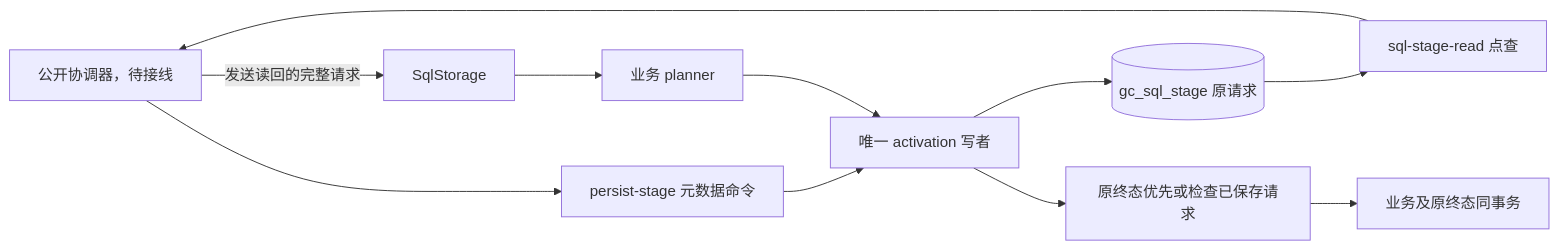
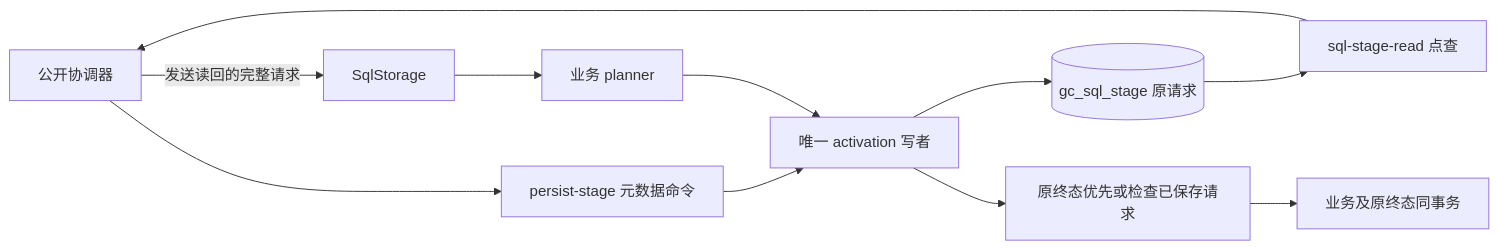
One commit to nemori-ai/omne-harness-lite changed diagram 13 of 21 in packages/governance/governance-local/docs/architecture.md. Above: the diagram before and after it, drawn with Mermaid. The commit also changed other lines of this file and 223 other files, not shown here.

````diff
--- a/packages/governance/governance-local/docs/architecture.md
+++ b/packages/governance/governance-local/docs/architecture.md
@@ -225,13 +275,13 @@
 ```mermaid
 flowchart LR
-  C[公开协调器，待接线] --> P[persist-stage 元数据命令]
+  C[公开协调器] --> P[persist-stage 元数据命令]
   P --> W[唯一 activation 写者]
   W --> E[(gc_sql_stage 原请求)]
   E --> R[sql-stage-read 点查]
   R --> C
   C -->|发送读回的完整请求| SQL[SqlStorage]
   SQL --> Plan[业务 planner]
   Plan --> W
   W --> G[原终态优先或检查已保存请求]
   G --> B[业务及原终态同事务]
 ```
````
